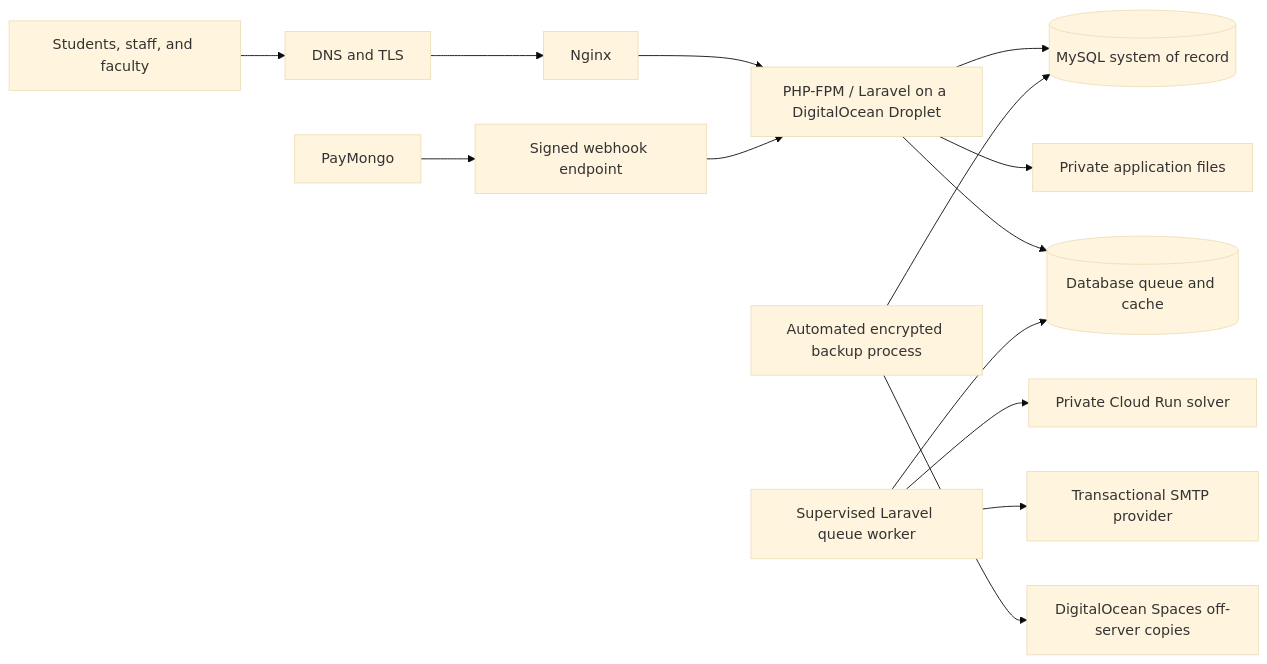
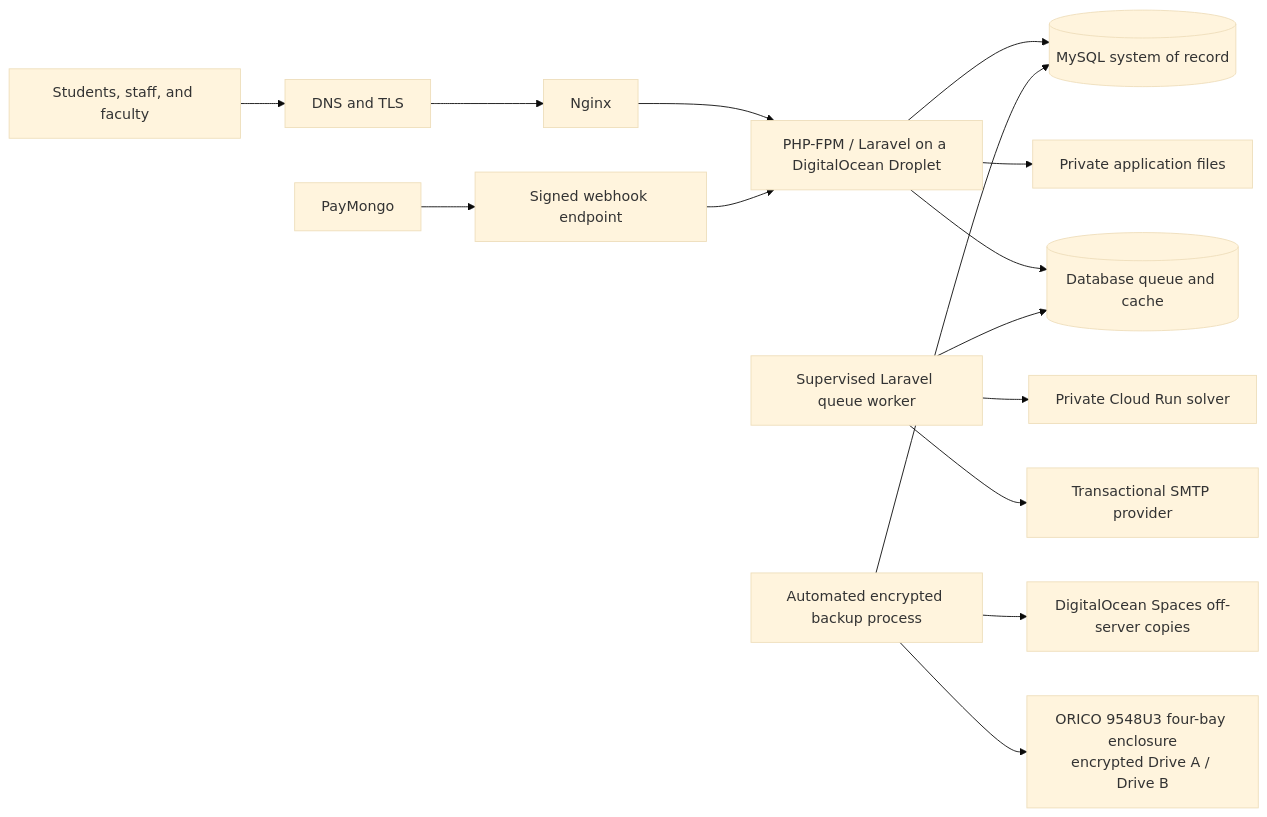
One commit to yosoykyle/SIA-TALA changed the second of 2 diagrams in 00_Project_Documents/architecture_specification.md. Above: the diagram before and after it, drawn with Mermaid (base theme). The commit also changed other lines of this file and 22 other files, not shown here.

````diff
--- a/00_Project_Documents/architecture_specification.md
+++ b/00_Project_Documents/architecture_specification.md
@@ -613,16 +615,17 @@
 ```mermaid
 flowchart LR
     U["Students, staff, and faculty"] --> TLS["DNS and TLS"]
     TLS --> N["Nginx"]
     N --> P["PHP-FPM / Laravel on a DigitalOcean Droplet"]
     P --> DB[("MySQL system of record")]
     P --> FS["Private application files"]
     P --> Q[("Database queue and cache")]
     W["Supervised Laravel queue worker"] --> Q
     W --> CR["Private Cloud Run solver"]
     PM["PayMongo"] --> WH["Signed webhook endpoint"]
     WH --> P
     W --> SMTP["Transactional SMTP provider"]
     B["Automated encrypted backup process"] --> DB
     B --> SP["DigitalOcean Spaces off-server copies"]
+    B --> OH["ORICO 9548U3 four-bay enclosure<br/>encrypted Drive A / Drive B"]
 ```
````
